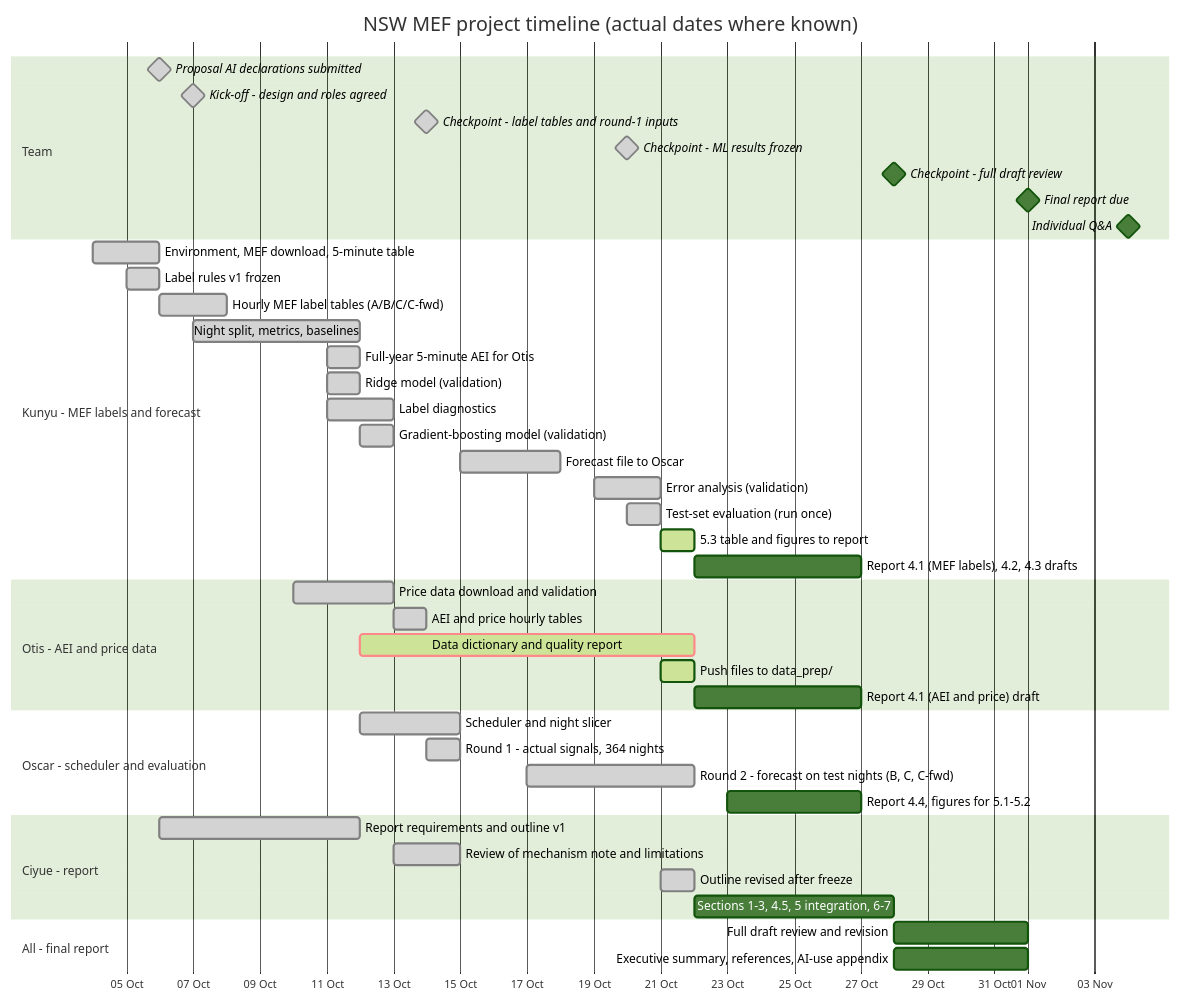
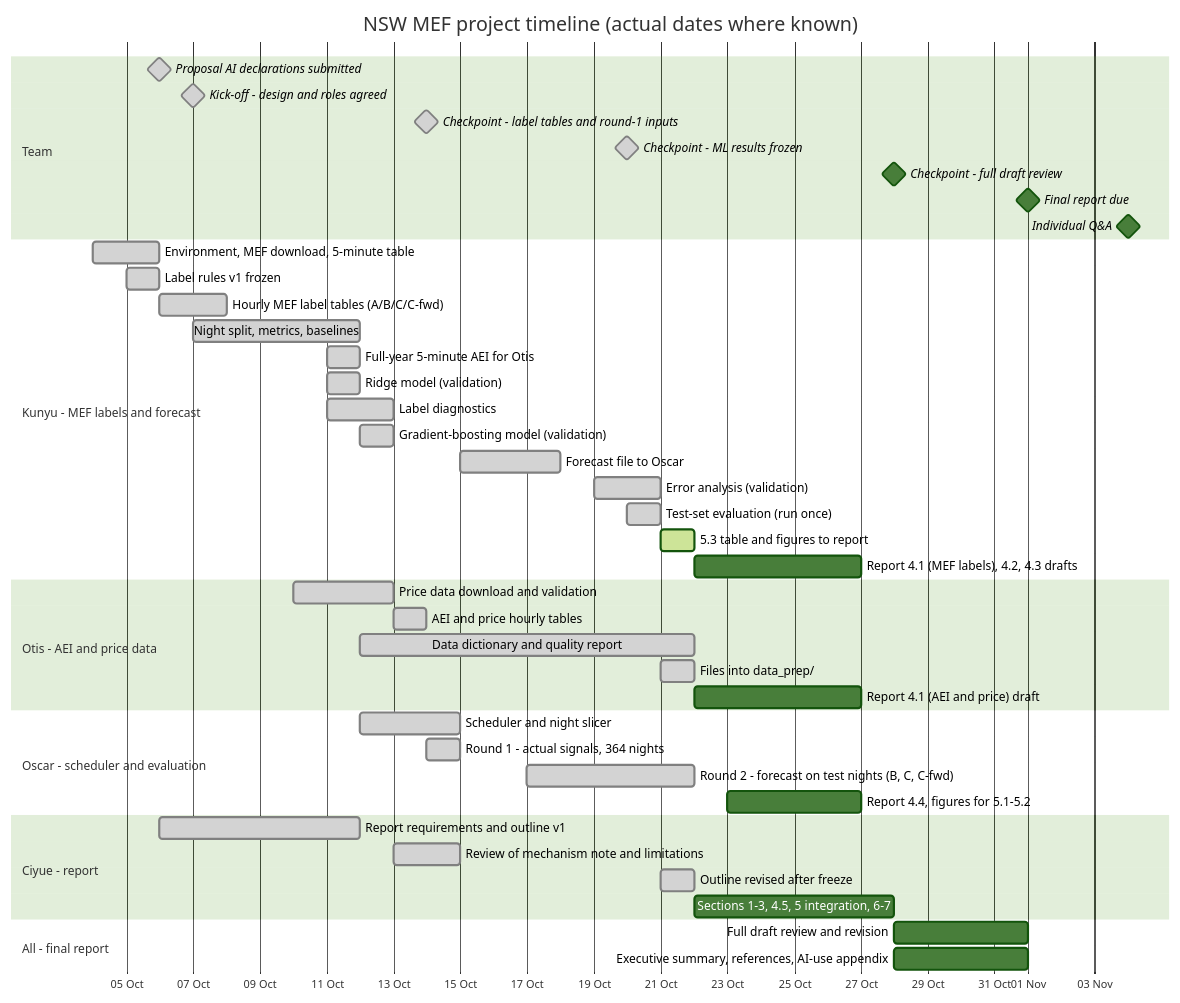
Before and after one commit to GALATICFORCE/NSW-MEF: the diagram in docs/timeline/project_timeline.md, drawn with Mermaid (forest theme). The commit also changed other lines of this file and 15 other files, not shown here.

Commit message:
Add Otis's data_prep (sent 21 Oct, committed by Kunyu), docs/model_selection.md, timeline update

````diff
--- a/docs/timeline/project_timeline.md
+++ b/docs/timeline/project_timeline.md
@@ -15,48 +15,48 @@
 ```mermaid
 gantt
     title NSW MEF project timeline (actual dates where known)
     dateFormat YYYY-MM-DD
     axisFormat %d %b
     todayMarker on
     section Team
     Proposal AI declarations submitted :milestone, done, 2026-10-06, 0d
     Kick-off - design and roles agreed :milestone, done, 2026-10-07, 0d
     Checkpoint - label tables and round-1 inputs :milestone, done, 2026-10-14, 0d
     Checkpoint - ML results frozen :milestone, done, 2026-10-20, 0d
     Checkpoint - full draft review :milestone, 2026-10-28, 0d
     Final report due :milestone, 2026-11-01, 0d
     Individual Q&A :milestone, 2026-11-04, 0d
     section Kunyu - MEF labels and forecast
     Environment, MEF download, 5-minute table :done, 2026-10-04, 2026-10-06
     Label rules v1 frozen :done, 2026-10-05, 2026-10-06
     Hourly MEF label tables (A/B/C/C-fwd) :done, 2026-10-06, 2026-10-08
     Night split, metrics, baselines :done, 2026-10-07, 2026-10-12
     Full-year 5-minute AEI for Otis :done, 2026-10-11, 2026-10-12
     Ridge model (validation) :done, 2026-10-11, 2026-10-12
     Label diagnostics :done, 2026-10-11, 2026-10-13
     Gradient-boosting model (validation) :done, 2026-10-12, 2026-10-13
     Forecast file to Oscar :done, 2026-10-15, 2026-10-18
     Error analysis (validation) :done, 2026-10-19, 2026-10-21
     Test-set evaluation (run once) :done, 2026-10-20, 2026-10-21
     5.3 table and figures to report :active, 2026-10-21, 2026-10-22
     Report 4.1 (MEF labels), 4.2, 4.3 drafts :2026-10-22, 2026-10-27
     section Otis - AEI and price data
     Price data download and validation :done, 2026-10-10, 2026-10-13
     AEI and price hourly tables :done, 2026-10-13, 2026-10-14
-    Data dictionary and quality report :crit, active, 2026-10-12, 2026-10-22
-    Push files to data_prep/ :active, 2026-10-21, 2026-10-22
+    Data dictionary and quality report :done, 2026-10-12, 2026-10-22
+    Files into data_prep/ :done, 2026-10-21, 2026-10-22
     Report 4.1 (AEI and price) draft :2026-10-22, 2026-10-27
     section Oscar - scheduler and evaluation
     Scheduler and night slicer :done, 2026-10-12, 2026-10-15
     Round 1 - actual signals, 364 nights :done, 2026-10-14, 2026-10-15
     Round 2 - forecast on test nights (B, C, C-fwd) :done, 2026-10-17, 2026-10-22
     Report 4.4, figures for 5.1-5.2 :2026-10-23, 2026-10-27
     section Ciyue - report
     Report requirements and outline v1 :done, 2026-10-06, 2026-10-12
     Review of mechanism note and limitations :done, 2026-10-13, 2026-10-15
     Outline revised after freeze :done, 2026-10-21, 2026-10-22
     Sections 1-3, 4.5, 5 integration, 6-7 :2026-10-22, 2026-10-28
     section All - final report
     Full draft review and revision :2026-10-28, 2026-11-01
     Executive summary, references, AI-use appendix :2026-10-28, 2026-11-01
 ```
````
